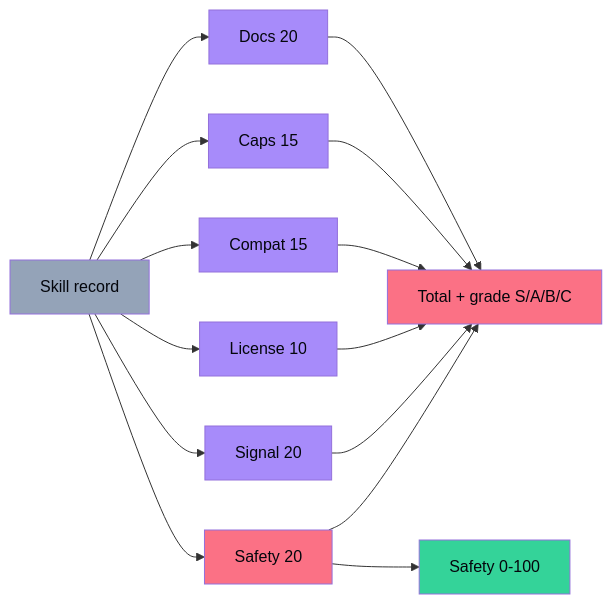
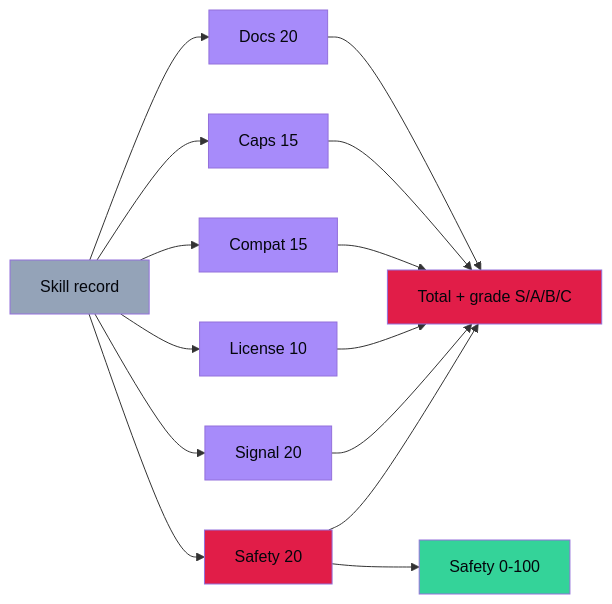
Before and after one commit to aniruddhaadak80/skillforge: the third of 10 diagrams in README.md, drawn with Mermaid. The commit also changed other lines of this file and 37 other files, not shown here.

````diff
--- a/README.md
+++ b/README.md
@@ -82,24 +88,24 @@
 ```mermaid
 flowchart LR
     IN[Skill record] --> D[Docs 20]
     IN --> C[Caps 15]
     IN --> X[Compat 15]
     IN --> L[License 10]
     IN --> S[Signal 20]
     IN --> R[Safety 20]
     D --> TOT[Total + grade S/A/B/C]
     C --> TOT
     X --> TOT
     L --> TOT
     S --> TOT
     R --> TOT
     R --> SAFE[Safety 0-100]
     classDef ai fill:#a78bfa,color:#04060c;
-    classDef risk fill:#fb7185,color:#04060c;
+    classDef risk fill:#e11d48,color:#04060c;
     classDef ok fill:#34d399,color:#04060c;
     classDef infra fill:#94a3b8,color:#04060c;
     class IN infra;
     class D,C,X,L,S ai;
     class R,TOT risk;
     class SAFE ok;
 ```
````
